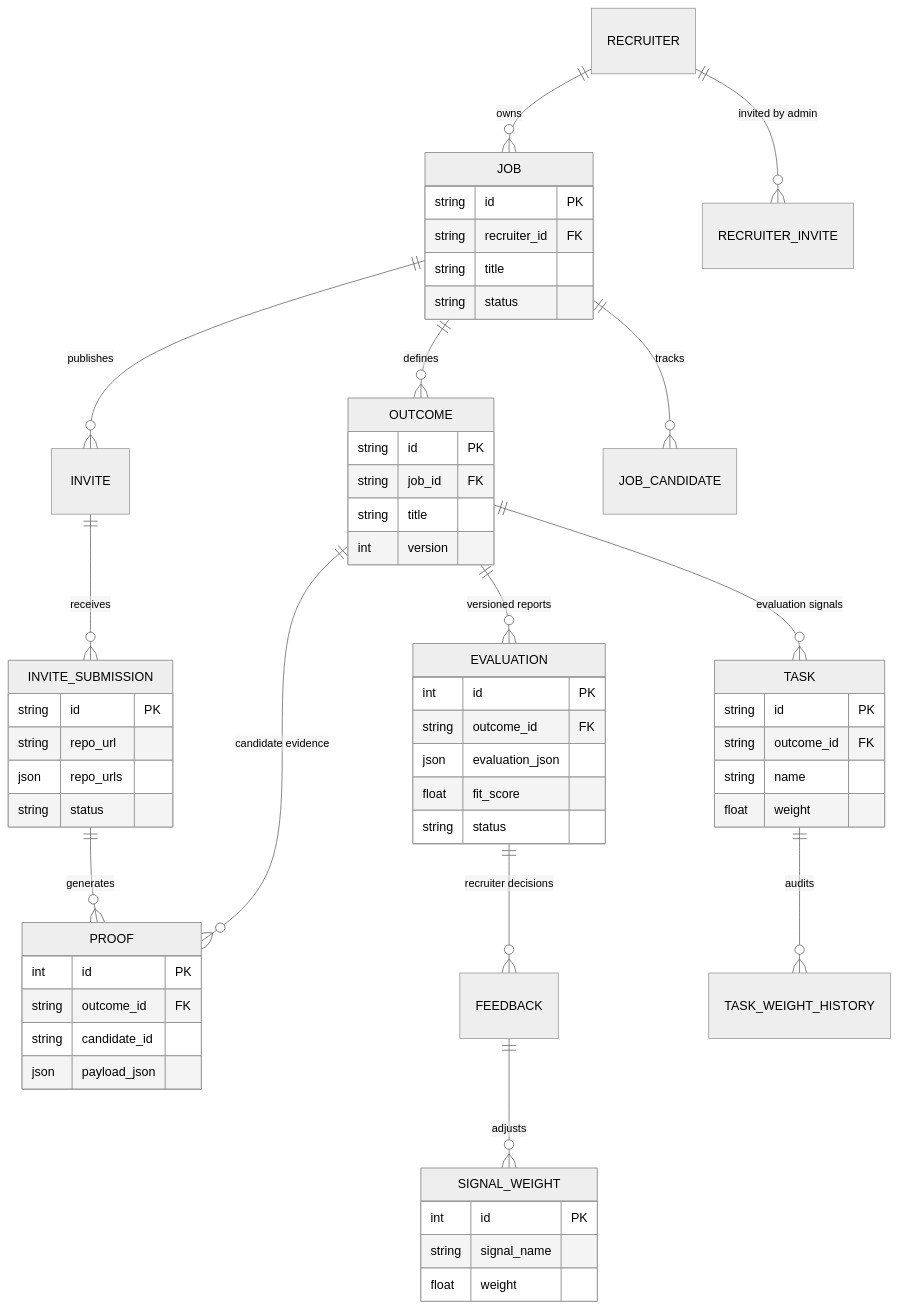
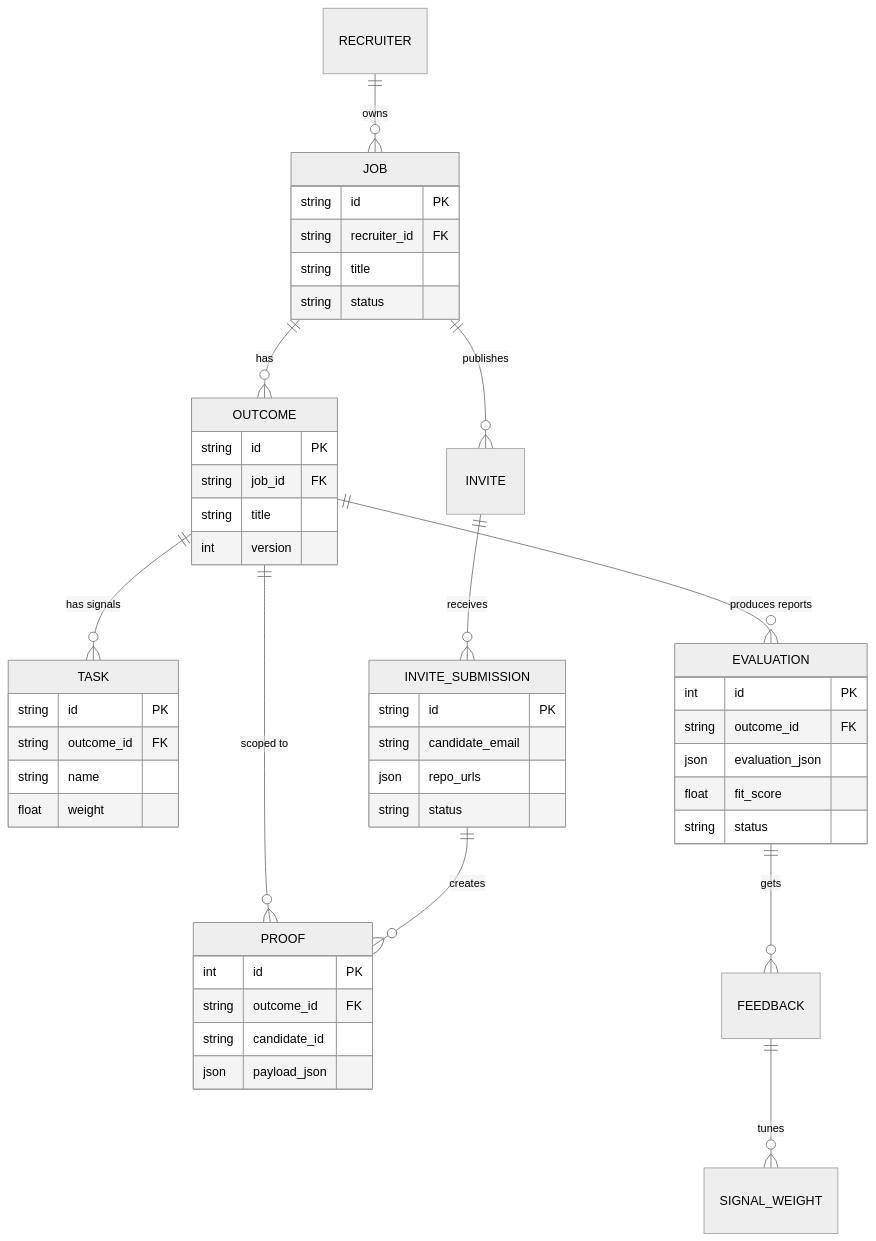
One commit to chinmai-sd-123/SIgnal_Stack changed the second of 2 diagrams in README.md. Above: the diagram before and after it, drawn with Mermaid (neutral theme). The commit also changed other lines of this file, not shown here.

First line of the commit message:
Simplify README diagrams and reframe as a personal project

````diff
--- a/README.md
+++ b/README.md
@@ -102,59 +70,51 @@
 ```mermaid
 erDiagram
     RECRUITER ||--o{ JOB : owns
-    RECRUITER ||--o{ RECRUITER_INVITE : "invited by admin"
-    JOB ||--o{ OUTCOME : defines
-    JOB ||--o{ INVITE : publishes
-    JOB ||--o{ JOB_CANDIDATE : tracks
-    OUTCOME ||--o{ TASK : "evaluation signals"
-    OUTCOME ||--o{ PROOF : "candidate evidence"
-    OUTCOME ||--o{ EVALUATION : "versioned reports"
-    INVITE ||--o{ INVITE_SUBMISSION : receives
-    INVITE_SUBMISSION ||--o{ PROOF : generates
-    EVALUATION ||--o{ FEEDBACK : "recruiter decisions"
-    FEEDBACK ||--o{ SIGNAL_WEIGHT : adjusts
-    TASK ||--o{ TASK_WEIGHT_HISTORY : audits
+    JOB ||--o{ OUTCOME : "has"
+    JOB ||--o{ INVITE : "publishes"
+    OUTCOME ||--o{ TASK : "has signals"
+    OUTCOME ||--o{ PROOF : "scoped to"
+    OUTCOME ||--o{ EVALUATION : "produces reports"
+    INVITE ||--o{ INVITE_SUBMISSION : "receives"
+    INVITE_SUBMISSION ||--o{ PROOF : "creates"
+    EVALUATION ||--o{ FEEDBACK : "gets"
+    FEEDBACK ||--o{ SIGNAL_WEIGHT : "tunes"
 
     JOB {
         string id PK
         string recruiter_id FK
         string title
         string status
     }
     OUTCOME {
         string id PK
         string job_id FK
         string title
         int version
     }
     TASK {
         string id PK
         string outcome_id FK
         string name
         float weight
     }
     INVITE_SUBMISSION {
         string id PK
-        string repo_url
+        string candidate_email
         json repo_urls
         string status
     }
     PROOF {
         int id PK
         string outcome_id FK
         string candidate_id
         json payload_json
     }
     EVALUATION {
         int id PK
         string outcome_id FK
         json evaluation_json
         float fit_score
         string status
     }
-    SIGNAL_WEIGHT {
-        int id PK
-        string signal_name
-        float weight
-    }
 ```
````
